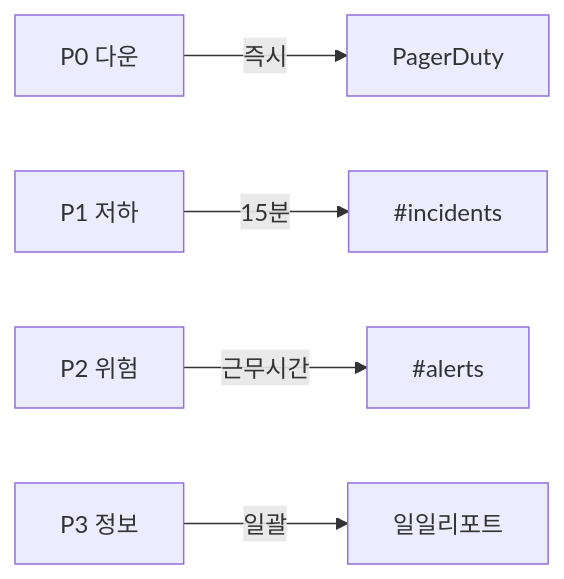
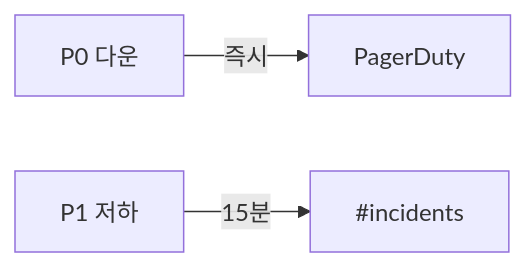
One commit to yjkim2015/yjkim2015.github.io changed the fifth of 7 diagrams in _posts/monitoring/2026-05-03-sre-golden-signals.md. Above: the diagram before and after it, drawn with Mermaid. The commit also changed other lines of this file and 132 other files, not shown here.

First line of the commit message:
Mermaid 다이어그램 가독성 정리: 단순 제거, 노드 축소, TD→LR 변환

````diff
--- a/_posts/monitoring/2026-05-03-sre-golden-signals.md
+++ b/_posts/monitoring/2026-05-03-sre-golden-signals.md
@@ -366,7 +360,5 @@
 ```mermaid
 graph LR
     P0["P0 다운"] -->|즉시| PG["PagerDuty"]
     P1["P1 저하"] -->|15분| IC["#incidents"]
-    P2["P2 위험"] -->|근무시간| AL["#alerts"]
-    P3["P3 정보"] -->|일괄| IN["일일리포트"]
 ```
````
